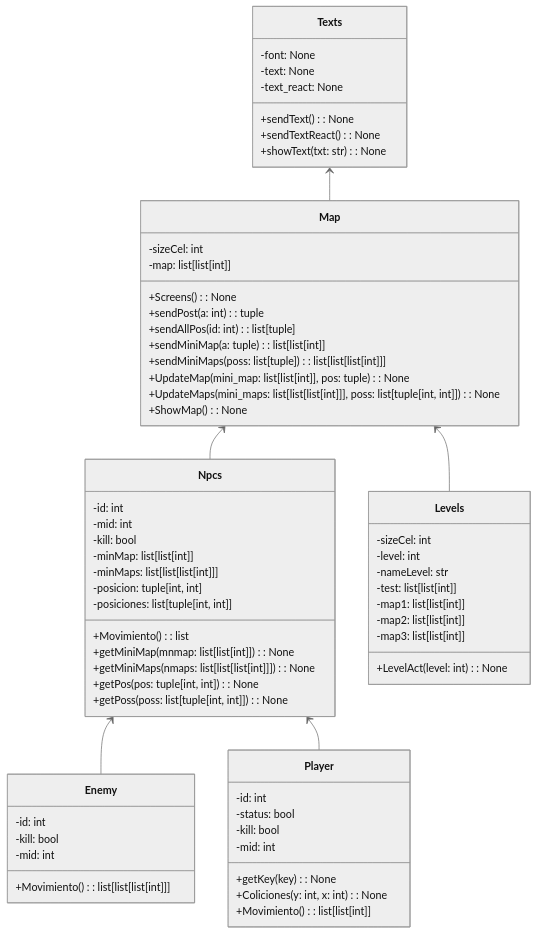
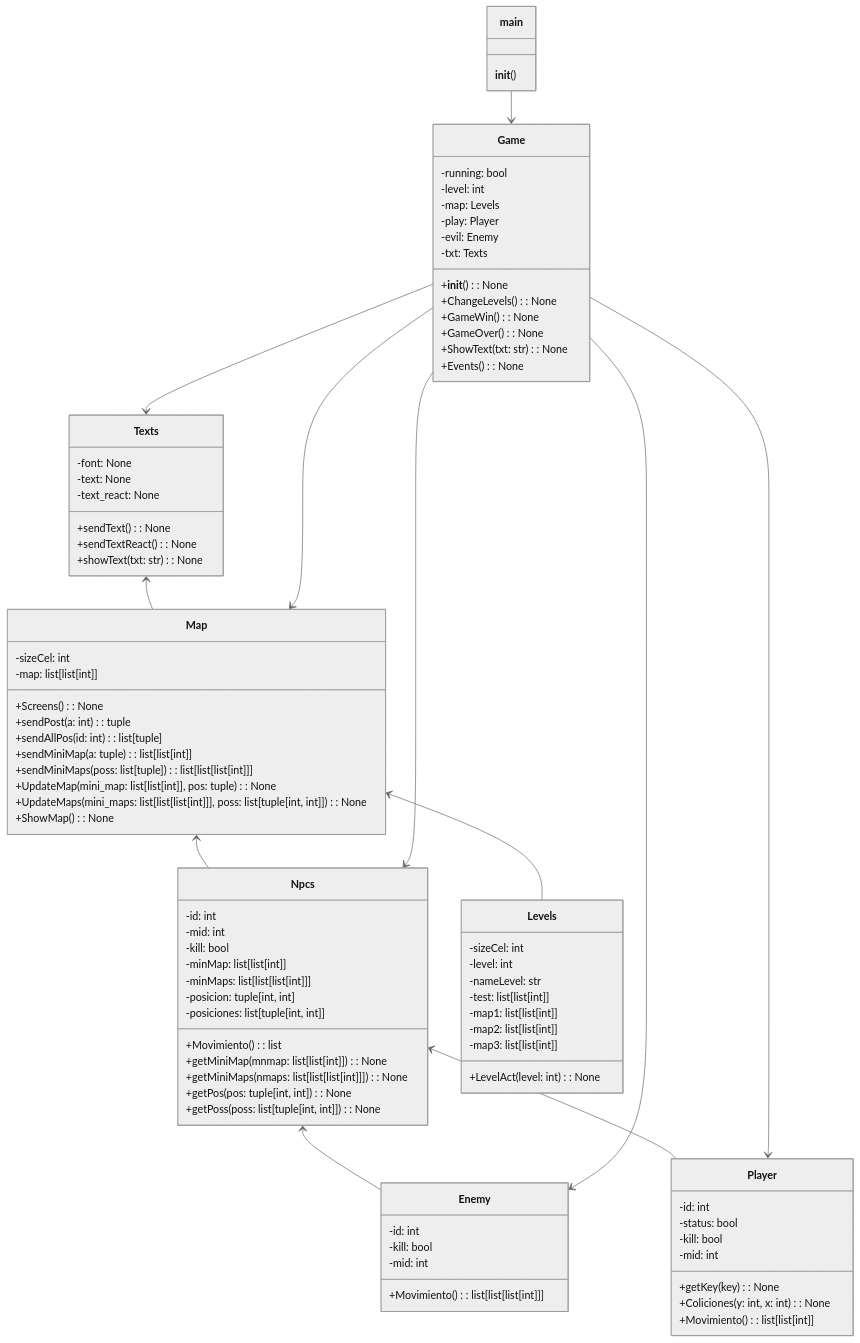
One commit to noneda/try-pygame changed the second of 2 diagrams in README.md. Above: the diagram before and after it, drawn with Mermaid (neutral theme).

````diff
--- a/README.md
+++ b/README.md
@@ -247,9 +247,33 @@
         -map3: list[list[int]]
         +LevelAct(level: int): None
     }
+    class Game{
+        -running: bool
+        -level: int
+        -map: Levels
+        -play: Player
+        -evil: Enemy
+        -txt: Texts
+        +__init__(): None
+        +ChangeLevels(): None
+        +GameWin(): None
+        +GameOver(): None
+        +ShowText(txt: str): None
+        +Events(): None
+    }
+    class main{
+        __init__()
+    }
     Map <-- Npcs
     Npcs <-- Enemy
     Npcs <-- Player
     Map <-- Levels
     Texts <-- Map
+    Game --> Map
+    Game --> Npcs
+    Game --> Player
+    Game --> Enemy
+    Game --> Texts
+    main --> Game
+
 ```
````
